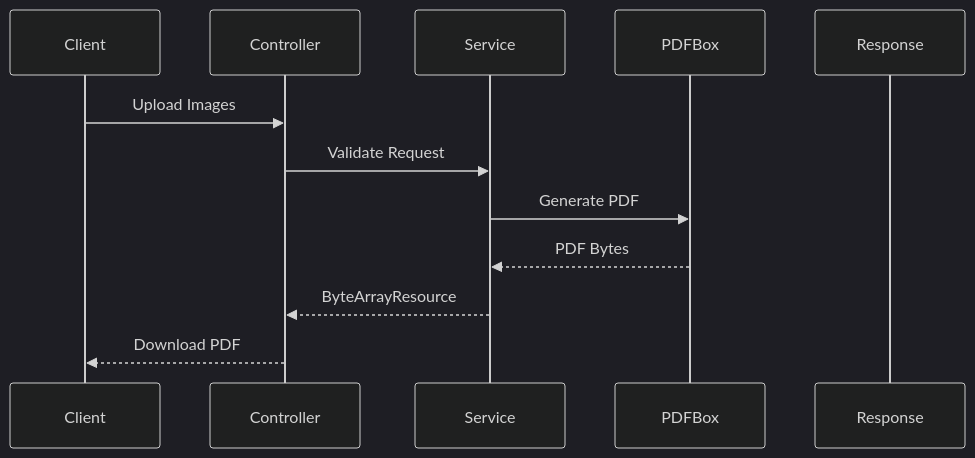
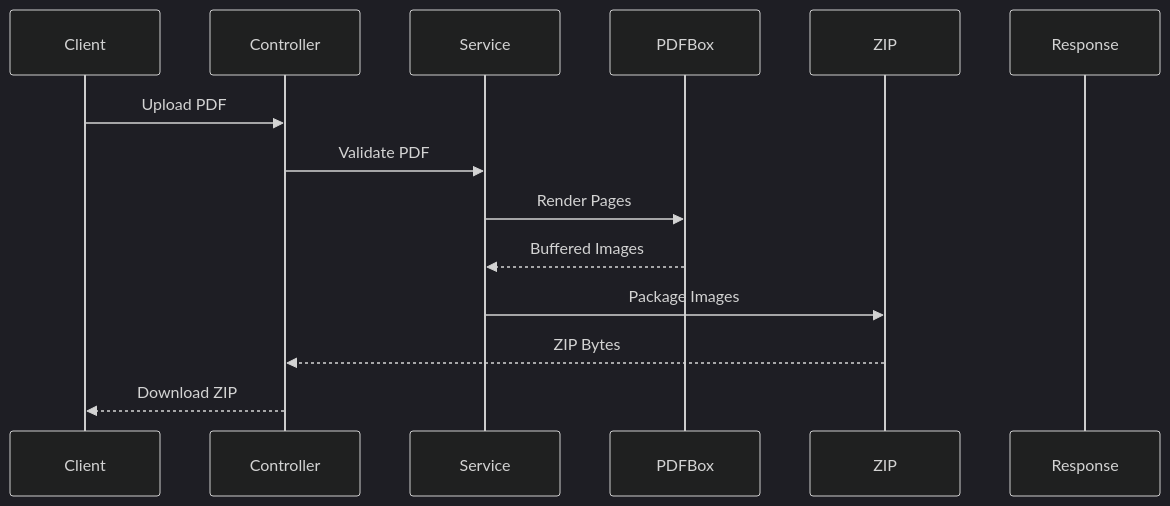
The third of 3 diagrams in README.md (Timely-Position463/productivity-platform), drawn with Mermaid (dark theme) before and after one commit. The commit also changed other lines of this file and 24 other files, not shown here.

````diff
--- a/README.md
+++ b/README.md
@@ -290,21 +310,24 @@
 ```mermaid
 sequenceDiagram
 
-participant Client
-participant Controller
-participant Service
-participant PDFBox
-participant Response
+    participant Client
+    participant Controller
+    participant Service
+    participant PDFBox
+    participant ZIP
+    participant Response
 
-Client->>Controller: Upload Images
+    Client->>Controller: Upload PDF
 
-Controller->>Service: Validate Request
+    Controller->>Service: Validate PDF
 
-Service->>PDFBox: Generate PDF
+    Service->>PDFBox: Render Pages
 
-PDFBox-->>Service: PDF Bytes
+    PDFBox-->>Service: Buffered Images
 
-Service-->>Controller: ByteArrayResource
+    Service->>ZIP: Package Images
 
-Controller-->>Client: Download PDF
+    ZIP-->>Controller: ZIP Bytes
+
+    Controller-->>Client: Download ZIP
 ```
````
